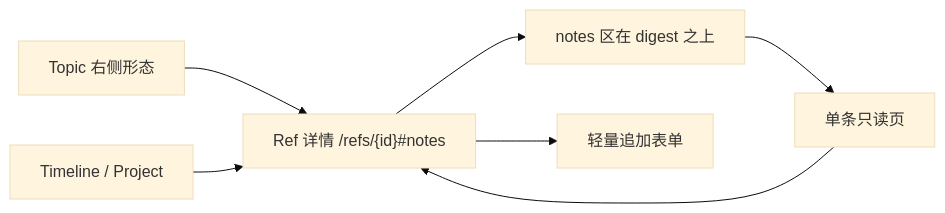
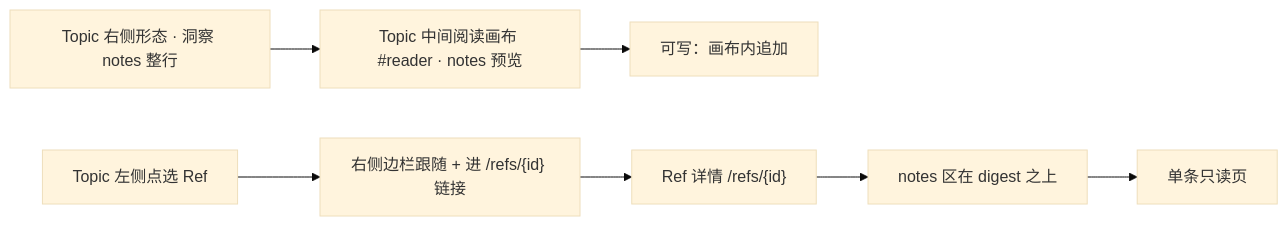
One commit to xforce-io/kairo changed the first of 2 diagrams in docs/design/411-console-ref-notes.md. Above: the diagram before and after it, drawn with Mermaid (base theme). The commit also changed other lines of this file, not shown here.

Commit message:
【设计】#411 S5 落点拍板：形态整行进 Topic 阅读画布，不是 /refs

````diff
--- a/docs/design/411-console-ref-notes.md
+++ b/docs/design/411-console-ref-notes.md
@@ -41,9 +41,9 @@
 ```mermaid
 flowchart LR
-  topic["Topic 右侧形态"] --> ref["Ref 详情 /refs/{id}#notes"]
-  tl["Timeline / Project"] --> ref
+  formRow["Topic 右侧形态 · 洞察 notes 整行"] --> reader["Topic 中间阅读画布 #reader · notes 预览"]
+  left["Topic 左侧点选 Ref"] --> meta["右侧边栏跟随 + 进 /refs/{id} 链接"]
+  reader --> add["可写：画布内追加"]
+  meta --> ref["Ref 详情 /refs/{id}"]
   ref --> list["notes 区在 digest 之上"]
-  ref --> form["轻量追加表单"]
   list --> one["单条只读页"]
-  one --> ref
 ```
````
